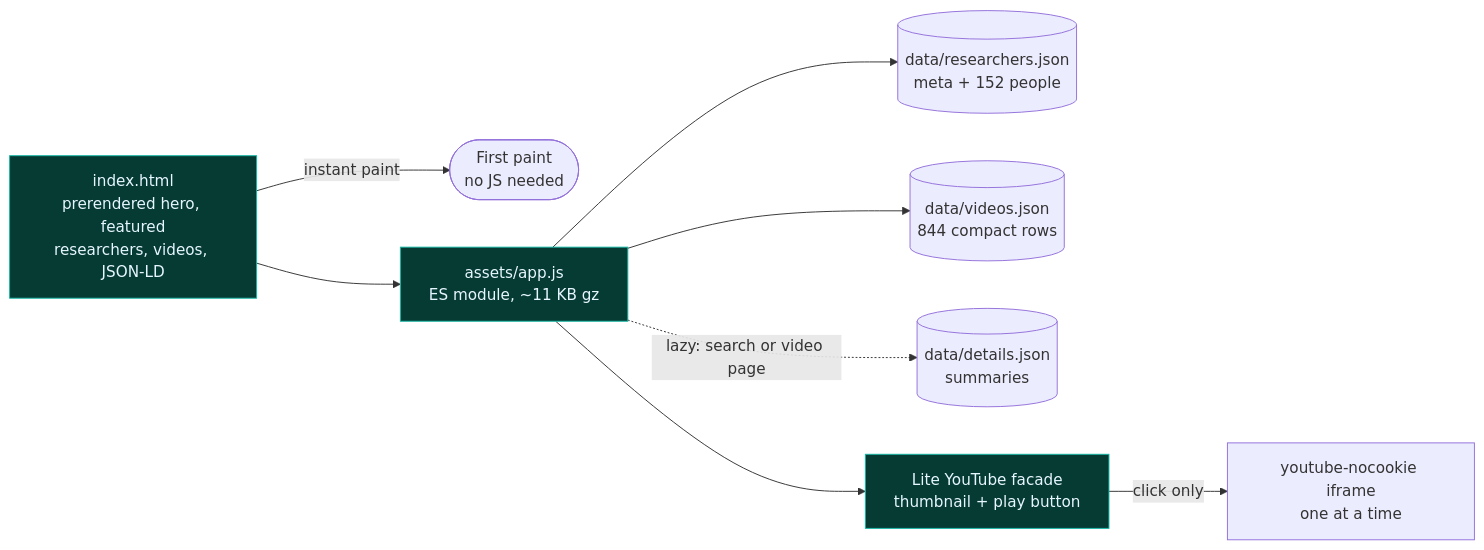
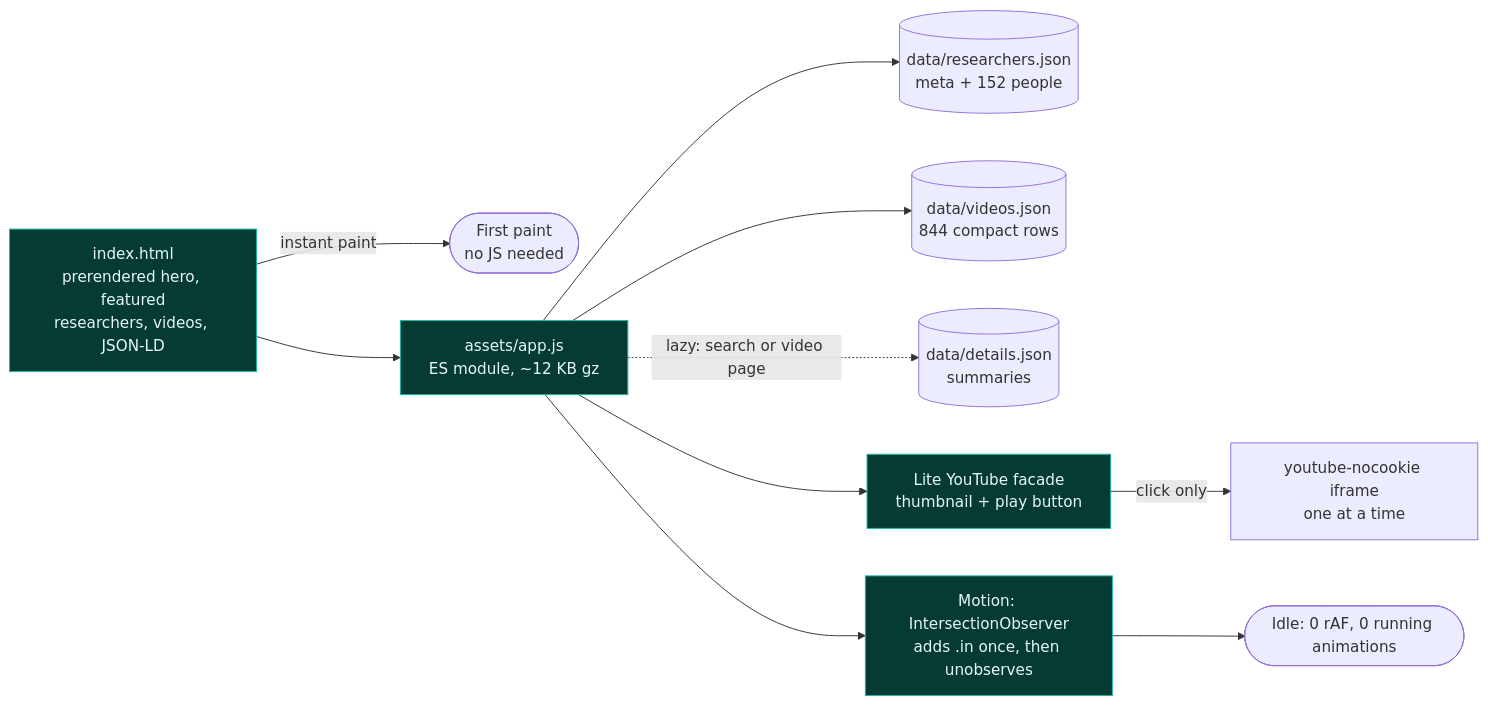
One commit to lo3elyon/ASI changed the diagram in ai-safety-researcher-library/README.md. Above: the diagram before and after it, drawn with Mermaid. The commit also changed other lines of this file, not shown here.

````diff
--- a/ai-safety-researcher-library/README.md
+++ b/ai-safety-researcher-library/README.md
@@ -67,12 +84,14 @@
 ```mermaid
 flowchart LR
     A["index.html<br/>prerendered hero, featured<br/>researchers, videos, JSON-LD"] -->|instant paint| P(["First paint<br/>no JS needed"])
-    A --> J["assets/app.js<br/>ES module, ~11 KB gz"]
+    A --> J["assets/app.js<br/>ES module, ~12 KB gz"]
     J --> R[("data/researchers.json<br/>meta + 152 people")]
     J --> V[("data/videos.json<br/>844 compact rows")]
     J -.->|lazy: search or video page| D[("data/details.json<br/>summaries")]
     J --> F["Lite YouTube facade<br/>thumbnail + play button"]
     F -->|click only| Y["youtube-nocookie iframe<br/>one at a time"]
+    J --> M["Motion: IntersectionObserver<br/>adds .in once, then unobserves"]
+    M --> Z(["Idle: 0 rAF, 0 running animations"])
     classDef a fill:#063b33,stroke:#14b8a6,color:#e6f6ff
-    class A,J,F a
+    class A,J,F,M a
 ```
````
